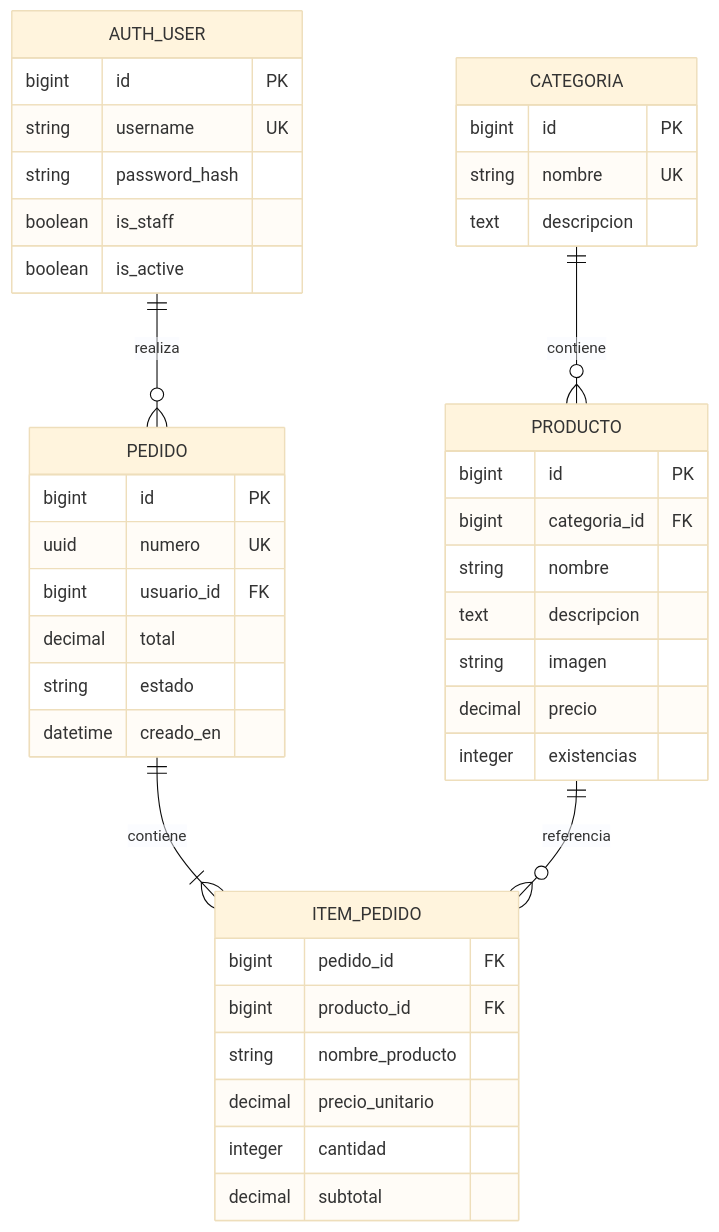
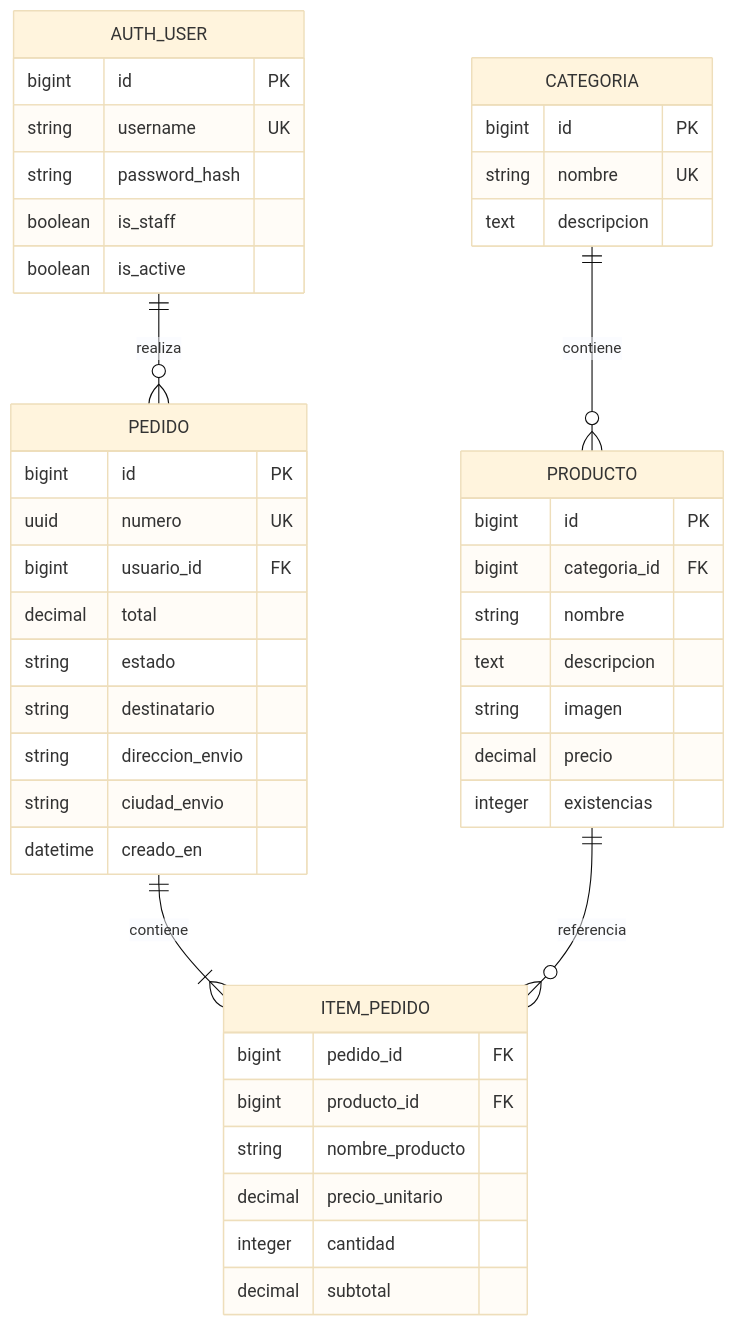
One commit to luxury0101/ZonaShop_Backend changed the third of 3 diagrams in docs/arquitectura.md. Above: the diagram before and after it, drawn with Mermaid (base theme). The commit also changed other lines of this file and 9 other files, not shown here.

````diff
--- a/docs/arquitectura.md
+++ b/docs/arquitectura.md
@@ -64,50 +65,53 @@
 ```mermaid
 erDiagram
     CATEGORIA ||--o{ PRODUCTO : contiene
     AUTH_USER ||--o{ PEDIDO : realiza
     PEDIDO ||--|{ ITEM_PEDIDO : contiene
     PRODUCTO ||--o{ ITEM_PEDIDO : referencia
 
     AUTH_USER {
         bigint id PK
         string username UK
         string password_hash
         boolean is_staff
         boolean is_active
     }
 
     CATEGORIA {
         bigint id PK
         string nombre UK
         text descripcion
     }
 
     PRODUCTO {
         bigint id PK
         bigint categoria_id FK
         string nombre
         text descripcion
         string imagen
         decimal precio
         integer existencias
     }
 
     PEDIDO {
         bigint id PK
         uuid numero UK
         bigint usuario_id FK
         decimal total
         string estado
+        string destinatario
+        string direccion_envio
+        string ciudad_envio
         datetime creado_en
     }
 
     ITEM_PEDIDO {
         bigint pedido_id FK
         bigint producto_id FK
         string nombre_producto
         decimal precio_unitario
         integer cantidad
         decimal subtotal
     }
 
 ```
````
